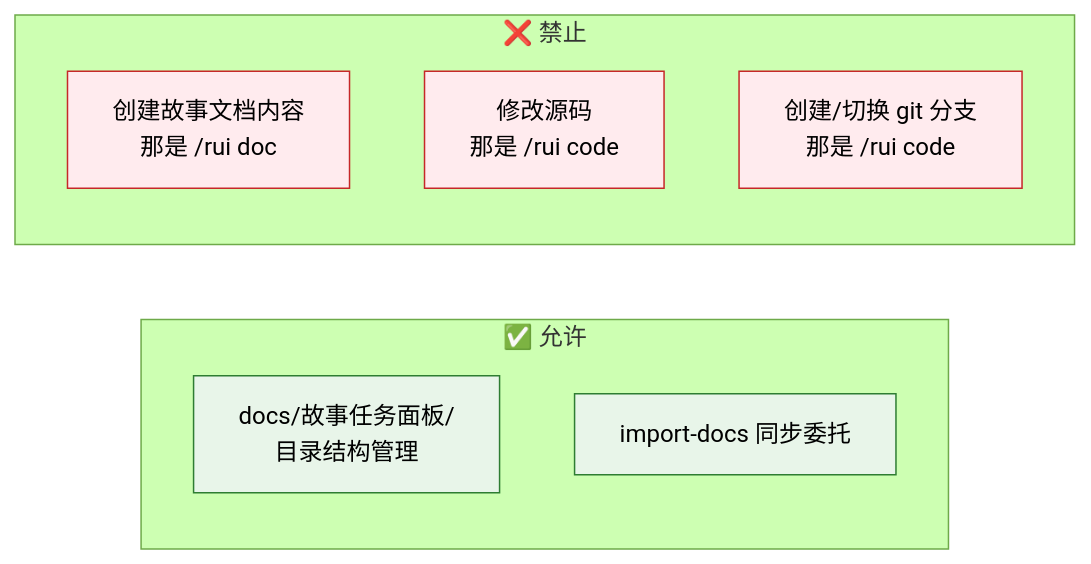
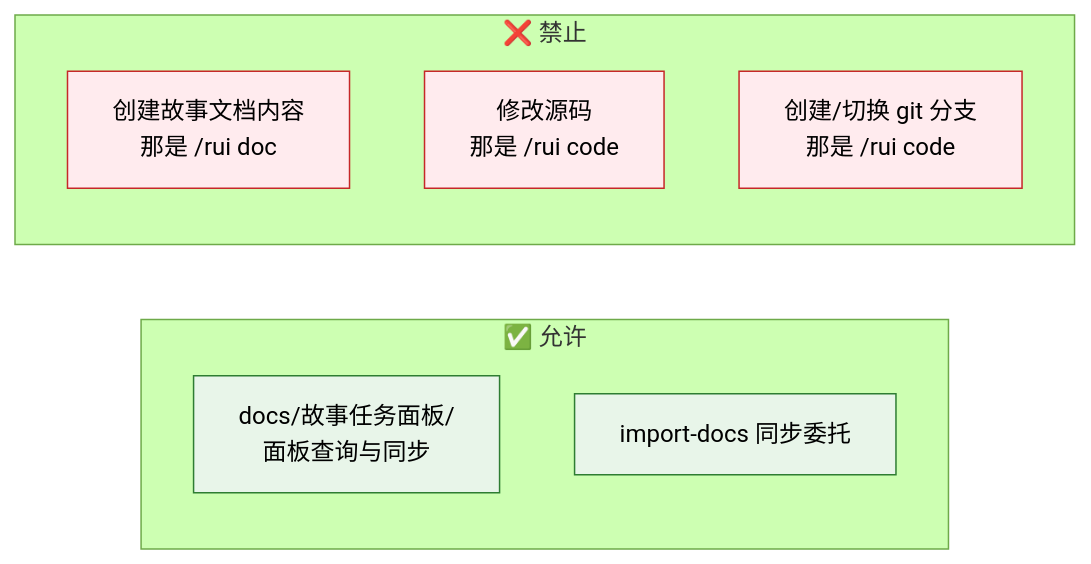
Before and after one commit to effiy/YrY: the second of 10 diagrams in skills/rui-story/SKILL.md, drawn with Mermaid (forest theme). The commit also changed other lines of this file and 10 other files, not shown here.

````diff
--- a/skills/rui-story/SKILL.md
+++ b/skills/rui-story/SKILL.md
@@ -47,15 +43,15 @@
 ```mermaid
 flowchart LR
     subgraph 允许["✅ 允许"]
-        A1["docs/故事任务面板/<br/>目录结构管理"]:::ok
+        A1["docs/故事任务面板/<br/>面板查询与同步"]:::ok
         A2["import-docs 同步委托"]:::ok
     end
     subgraph 禁止["❌ 禁止"]
         B1["创建故事文档内容<br/>那是 /rui doc"]:::bad
         B2["修改源码<br/>那是 /rui code"]:::bad
         B3["创建/切换 git 分支<br/>那是 /rui code"]:::bad
     end
 
     classDef ok fill:#e8f5e9,stroke:#2e7d32;
     classDef bad fill:#ffebee,stroke:#c62828;
 ```
````
